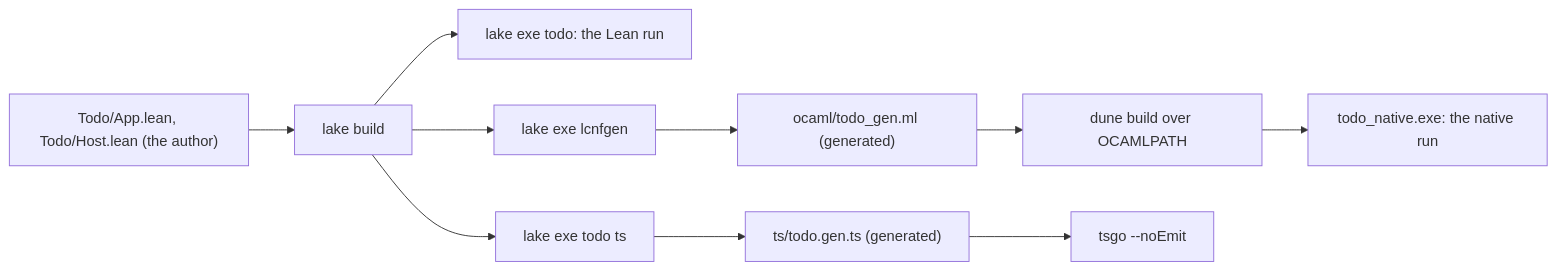
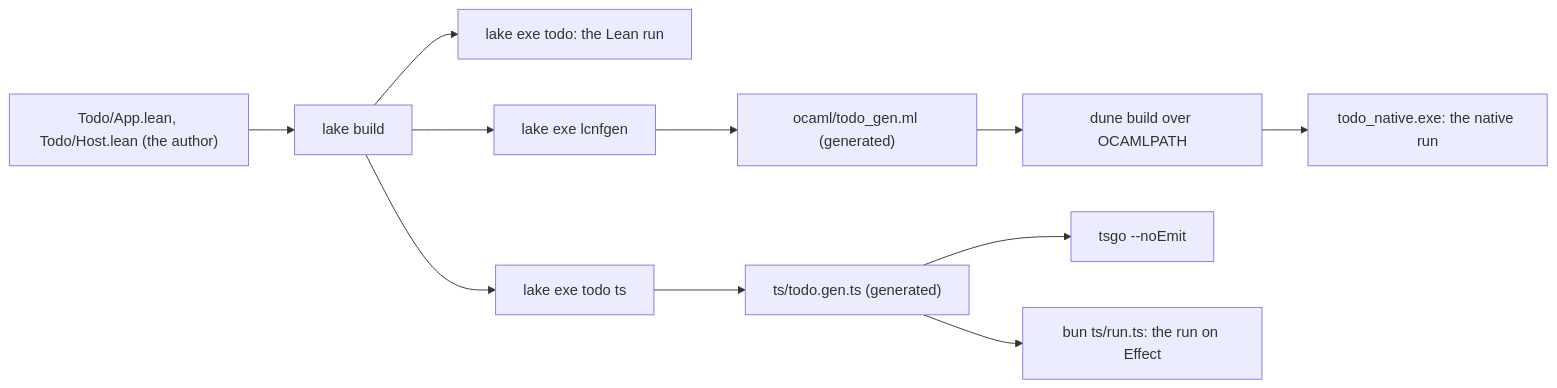
One commit to pure-algebra/lean4-effect4 changed the diagram in docs/research/2026-10-19-todo-as-a-user/findings.md. Above: the diagram before and after it, drawn with Mermaid. The commit also changed other lines of this file and 1 other file, not shown here.

First line of the commit message:
Research: the to-do as a user's project, the printed service run on Effect

````diff
--- a/docs/research/2026-10-19-todo-as-a-user/findings.md
+++ b/docs/research/2026-10-19-todo-as-a-user/findings.md
@@ -19,12 +21,13 @@
 ```mermaid
 flowchart LR
   A["Todo/App.lean, Todo/Host.lean (the author)"] --> B["lake build"]
   B --> R["lake exe todo: the Lean run"]
   B --> L["lake exe lcnfgen"]
   L --> G["ocaml/todo_gen.ml (generated)"]
   G --> D["dune build over OCAMLPATH"]
   D --> N["todo_native.exe: the native run"]
   B --> P["lake exe todo ts"]
   P --> T["ts/todo.gen.ts (generated)"]
   T --> C["tsgo --noEmit"]
+  T --> E["bun ts/run.ts: the run on Effect"]
 ```
````
